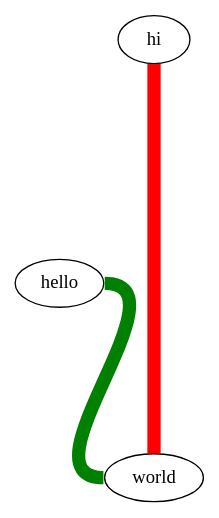
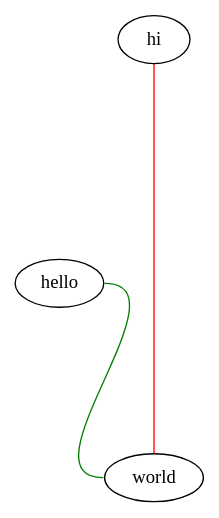
Before and after one commit to TrymNOHG/wireless-mesh-network: the diagram in graph1.dot, drawn with Graphviz.

Commit message:
fix: remove penwidth

```diff
--- a/graph1.dot
+++ b/graph1.dot
@@ -1,4 +1,4 @@
 graph{
-    hello:e -- world:w [weight=3, minlen=3, penwidth=10, color=green]
-    hi -- world [weight=7, minlen=7, penwidth=10, color=red]
+    hello:e -- world:w [weight=3, minlen=3, color=green]
+    hi -- world [weight=7, minlen=7, color=red]
 }
```
